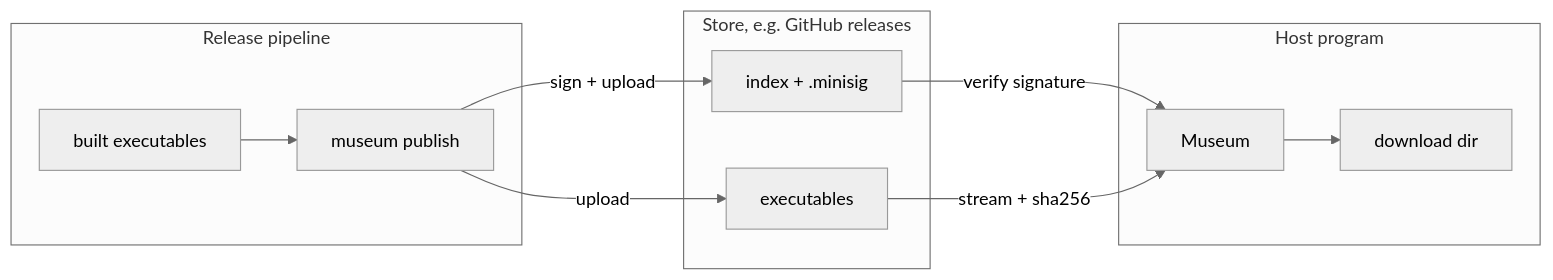
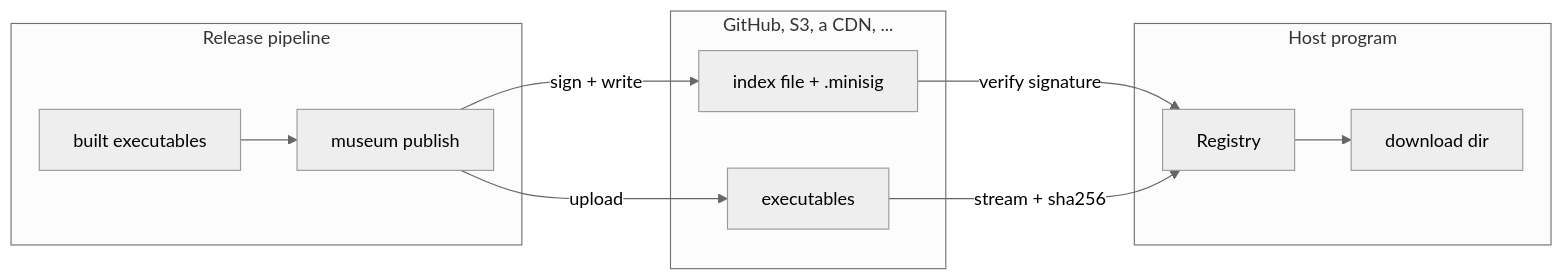
The diagram in README.md (vutran1710/museum-rs), drawn with Mermaid (neutral theme) before and after one commit. The commit also changed other lines of this file and 30 other files, not shown here.

First line of the commit message:
Split the index into a format and an IndexStore, add the Github handle

````diff
--- a/README.md
+++ b/README.md
@@ -43,17 +43,17 @@
 ```mermaid
 flowchart LR
     subgraph pipeline [Release pipeline]
         B[built executables] --> P[museum publish]
     end
-    subgraph store [Store, e.g. GitHub releases]
-        I[index + .minisig]
+    subgraph remote [GitHub, S3, a CDN, ...]
         A[executables]
+        I[index file + .minisig]
     end
     subgraph host [Host program]
-        M[Museum] --> D[download dir]
+        R[Registry] --> D[download dir]
     end
     P -- upload --> A
-    P -- sign + upload --> I
-    I -- verify signature --> M
-    A -- stream + sha256 --> M
+    P -- sign + write --> I
+    I -- verify signature --> R
+    A -- stream + sha256 --> R
 ```
````
